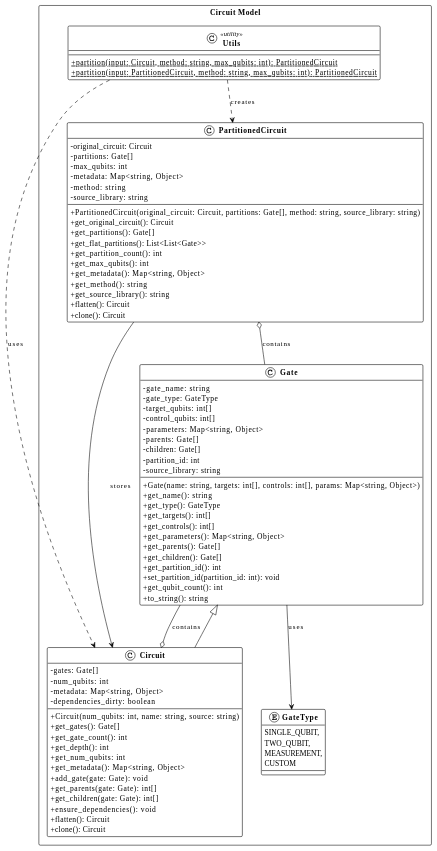
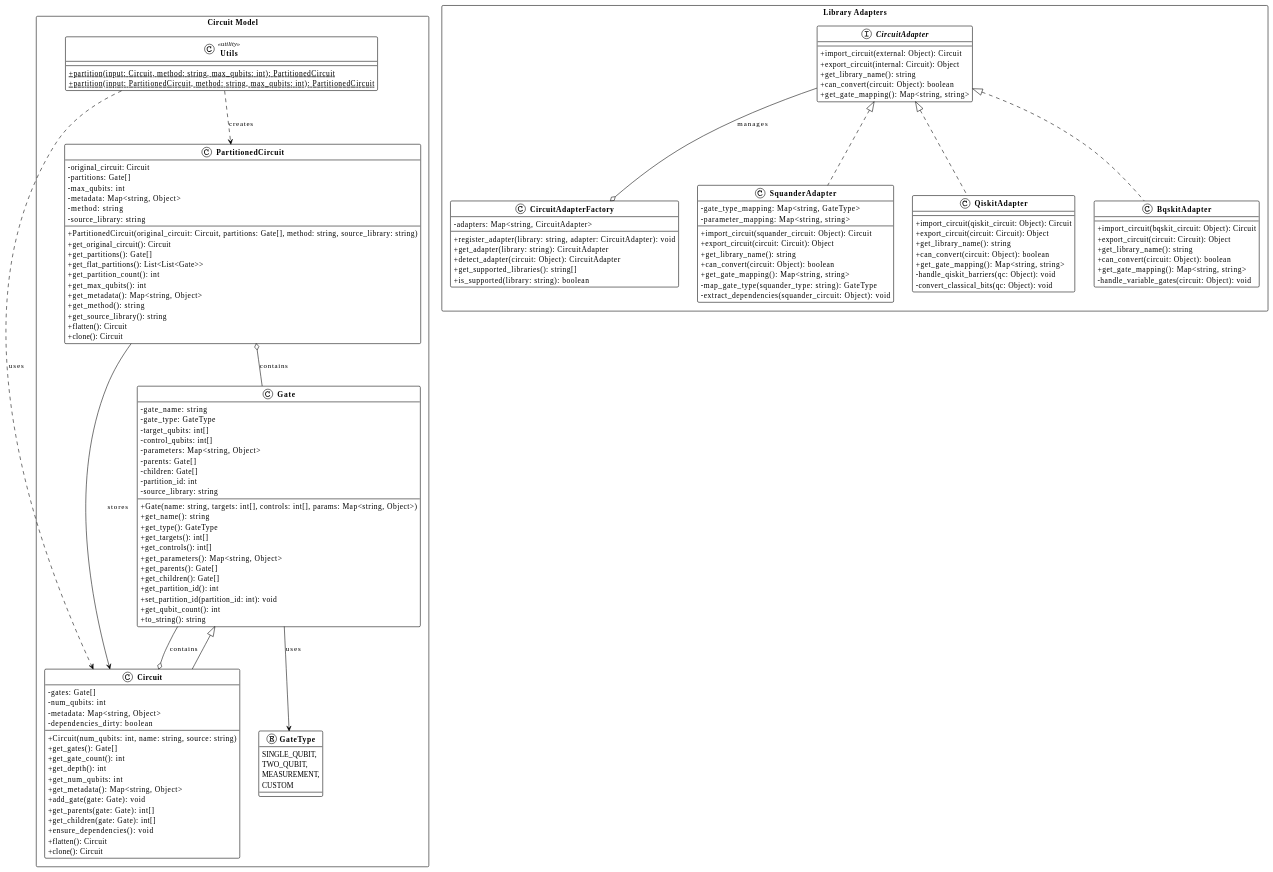
One commit to alfaarizi/qubit changed the diagram in packages/qubitkit/UML.md. Above: the diagram before and after it, drawn with PlantUML. The commit also changed 2 other files, not shown here.

Commit message:
feat: add UML for library adapters and related images

```diff
--- a/packages/qubitkit/UML.md
+++ b/packages/qubitkit/UML.md
@@ -93,4 +93,60 @@
     
 }
 
+package "Library Adapters" {
+    class CircuitAdapterFactory {
+        - adapters: Map<string, CircuitAdapter>
+        --
+        + register_adapter(library: string, adapter: CircuitAdapter): void
+        + get_adapter(library: string): CircuitAdapter
+        + detect_adapter(circuit: Object): CircuitAdapter
+        + get_supported_libraries(): string[]
+        + is_supported(library: string): boolean
+    }
+    
+    interface CircuitAdapter {
+        + import_circuit(external: Object): Circuit
+        + export_circuit(internal: Circuit): Object
+        + get_library_name(): string
+        + can_convert(circuit: Object): boolean
+        + get_gate_mapping(): Map<string, string>
+    }
+    
+    class SquanderAdapter implements CircuitAdapter {
+        - gate_type_mapping: Map<string, GateType>
+        - parameter_mapping: Map<string, string>
+        --
+        + import_circuit(squander_circuit: Object): Circuit
+        + export_circuit(circuit: Circuit): Object
+        + get_library_name(): string
+        + can_convert(circuit: Object): boolean
+        + get_gate_mapping(): Map<string, string>
+        - map_gate_type(squander_type: string): GateType
+        - extract_dependencies(squander_circuit: Object): void
+    }
+    
+    class QiskitAdapter implements CircuitAdapter {
+        --
+        + import_circuit(qiskit_circuit: Object): Circuit
+        + export_circuit(circuit: Circuit): Object
+        + get_library_name(): string
+        + can_convert(circuit: Object): boolean
+        + get_gate_mapping(): Map<string, string>
+        - handle_qiskit_barriers(qc: Object): void
+        - convert_classical_bits(qc: Object): void
+    }
+    
+    class BqskitAdapter implements CircuitAdapter {
+        --
+        + import_circuit(bqskit_circuit: Object): Circuit
+        + export_circuit(circuit: Circuit): Object
+        + get_library_name(): string
+        + can_convert(circuit: Object): boolean
+        + get_gate_mapping(): Map<string, string>
+        - handle_variable_gates(circuit: Object): void
+    }
+    
+    CircuitAdapter --o CircuitAdapterFactory : manages
+}
+
 @enduml
```
